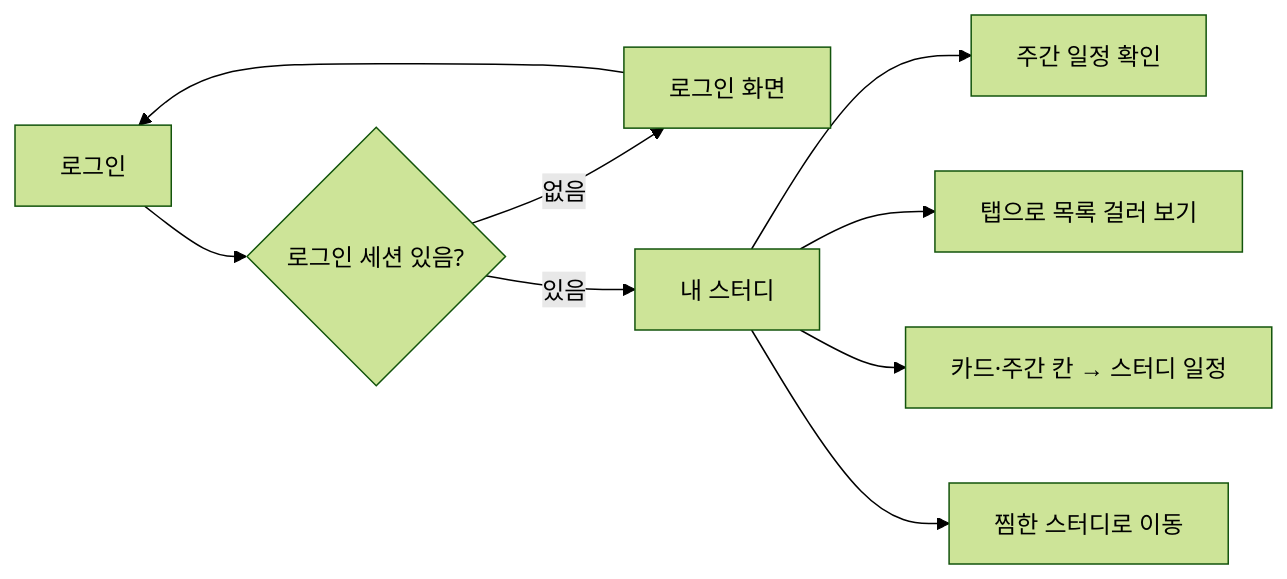
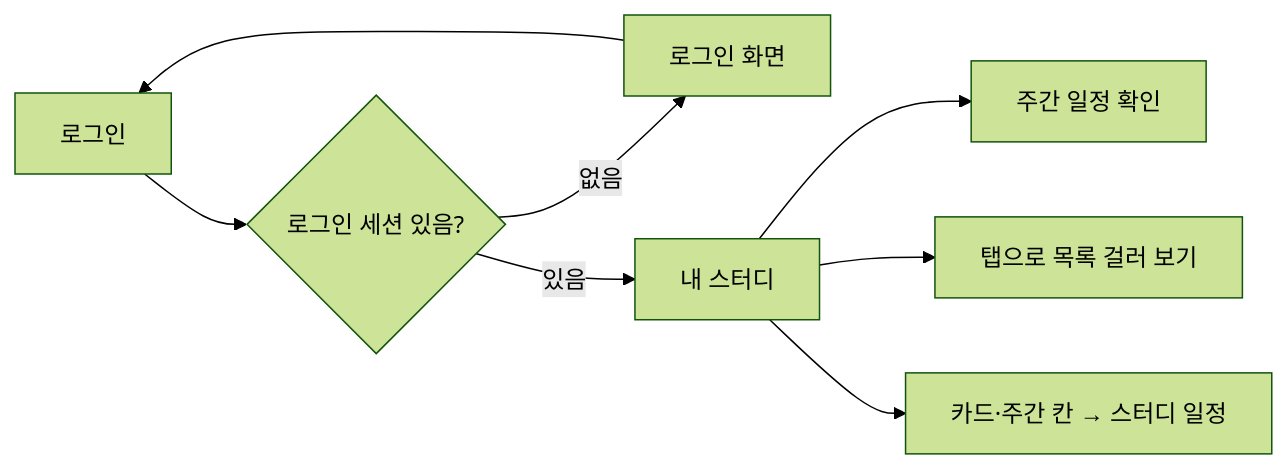
One commit to StudyClub-PlusPlus/studyclub-engineering changed the first of 2 diagrams in planning/stories/crew-joined-studies/PRD.md. Above: the diagram before and after it, drawn with Mermaid (forest theme). The commit also changed other lines of this file and 11 other files, not shown here.

````diff
--- a/planning/stories/crew-joined-studies/PRD.md
+++ b/planning/stories/crew-joined-studies/PRD.md
@@ -21,11 +21,10 @@
 ```mermaid
 flowchart LR
   A["로그인"] --> B{"로그인 세션 있음?"}
   B -->|없음| C["로그인 화면"]
   C --> A
   B -->|있음| D["내 스터디"]
   D --> E["주간 일정 확인"]
   D --> F["탭으로 목록 걸러 보기"]
   D --> G["카드·주간 칸 → 스터디 일정"]
-  D --> H["찜한 스터디로 이동"]
 ```
````
